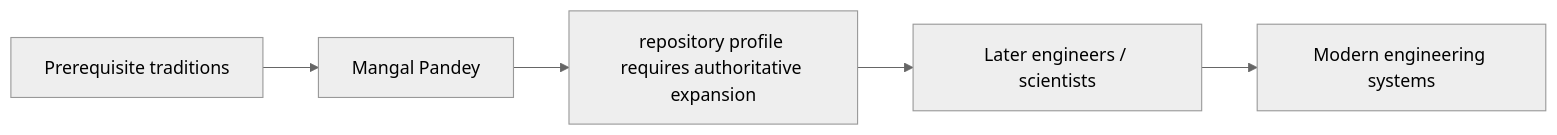
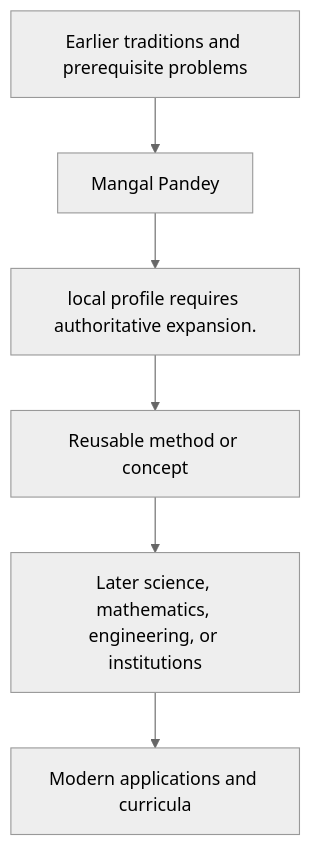
Before and after one commit to via-decide/ViaLogic: the diagram in docs/history/mangal-pandey/influence.md, drawn with Mermaid (neutral theme). The commit also changed other lines of this file and 858 other files, not shown here.

````diff
--- a/docs/history/mangal-pandey/influence.md
+++ b/docs/history/mangal-pandey/influence.md
@@ -29,7 +16,8 @@
 ```mermaid
-graph LR
-  prerequisites["Prerequisite traditions"] --> current["Mangal Pandey"]
-  current --> contribution["repository profile requires authoritative expansion"]
-  contribution --> successors["Later engineers / scientists"]
-  successors --> modern["Modern engineering systems"]
+graph TD
+  Prior[Earlier traditions and prerequisite problems] --> Person[Mangal Pandey]
+  Person --> Contribution[local profile requires authoritative expansion.]
+  Contribution --> Method[Reusable method or concept]
+  Method --> Later[Later science, mathematics, engineering, or institutions]
+  Later --> Modern[Modern applications and curricula]
 ```
````
